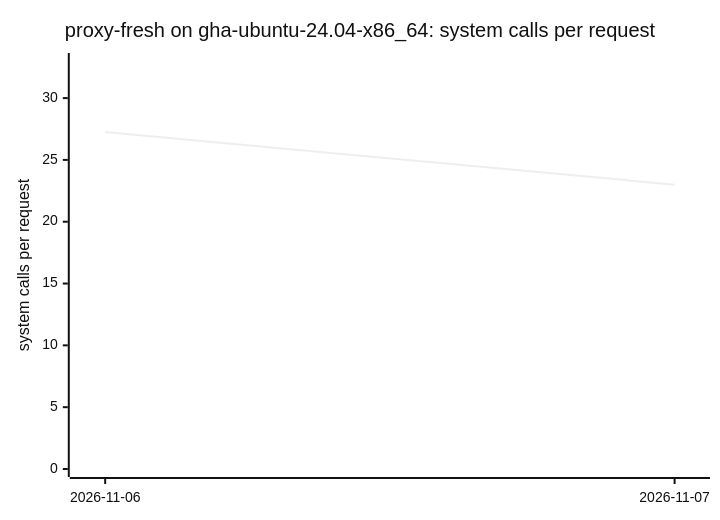
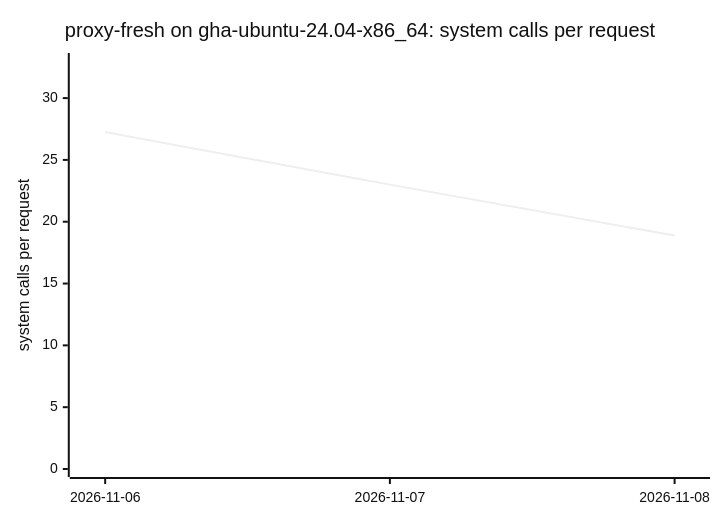
One commit to ThePixelPilgrim/durchlauferhitzer changed diagram 13 of 16 in BENCHMARKS.md. Above: the diagram before and after it, drawn with Mermaid (neutral theme). The commit also changed other lines of this file and 1 other file, not shown here.

````diff
--- a/BENCHMARKS.md
+++ b/BENCHMARKS.md
@@ -147,7 +147,7 @@
 ```mermaid
 xychart-beta
   title "proxy-fresh on gha-ubuntu-24.04-x86_64: system calls per request"
-  x-axis ["2026-11-06", "2026-11-07"]
+  x-axis ["2026-11-06", "2026-11-07", "2026-11-08"]
   y-axis "system calls per request" 0 --> 33
-  line [27.25, 23.00]
+  line [27.25, 23.00, 18.88]
 ```
````
